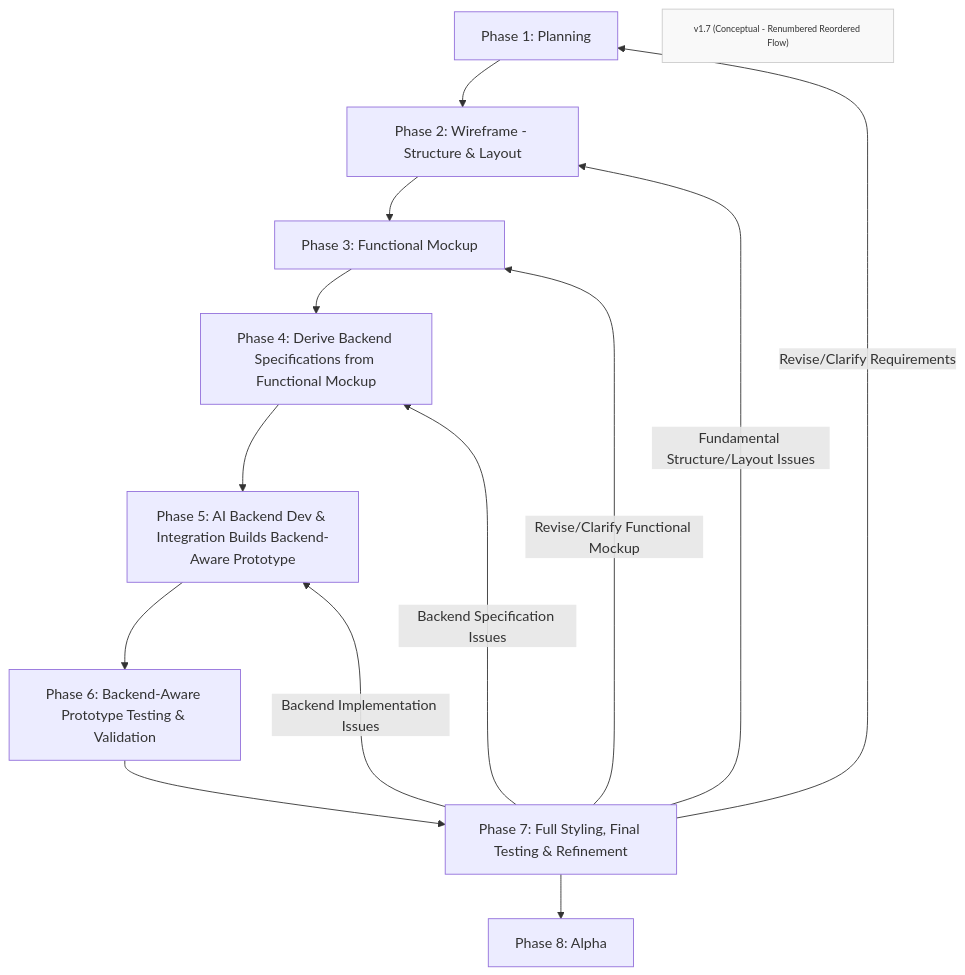
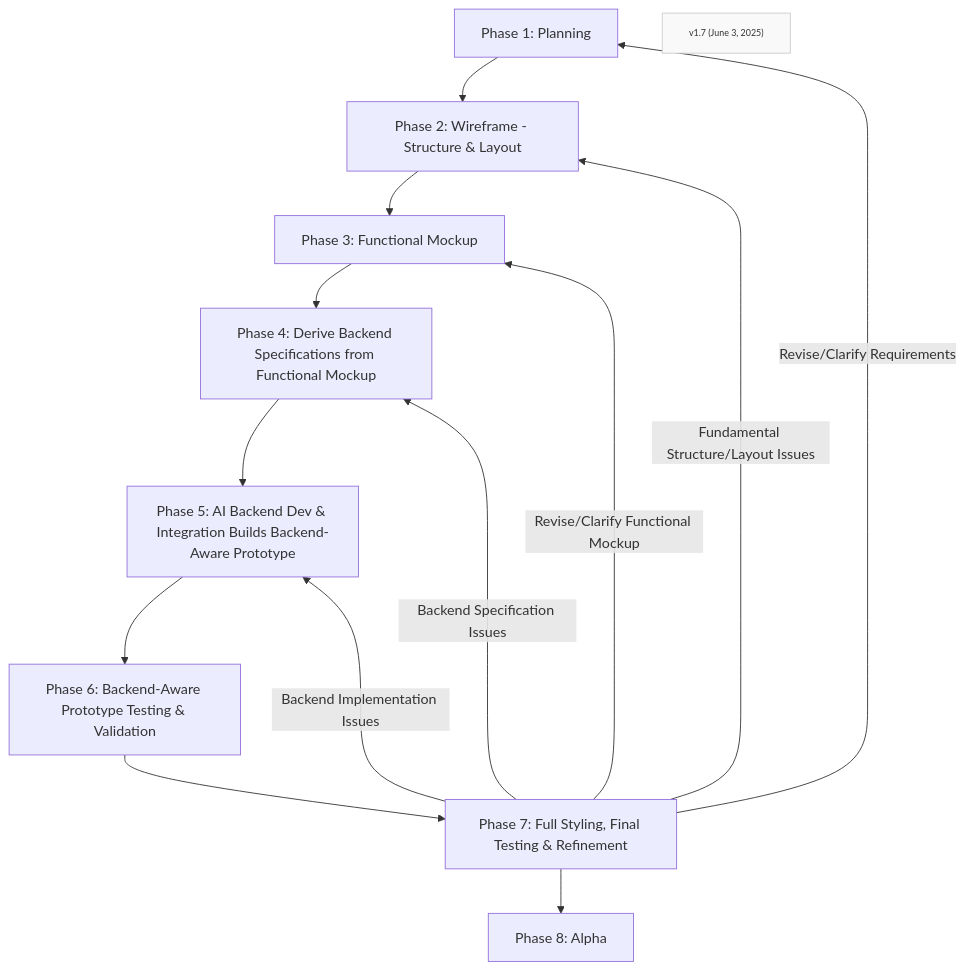
The diagram in Phases/FF-overview.md (Mharbulous/Front-First-Method), drawn with Mermaid before and after one commit.

Commit message:
Changed version infor to show date

````diff
--- a/Phases/FF-overview.md
+++ b/Phases/FF-overview.md
@@ -1,22 +1,22 @@
 ```mermaid
 graph TD
     Phase1["Phase 1: Planning"] --> Phase2["Phase 2: Wireframe - Structure & Layout"]
     Phase2 --> Phase3["Phase 3: Functional Mockup"]
     Phase3 --> Phase4["Phase 4: Derive Backend Specifications from Functional Mockup"]
     Phase4 --> Phase5["Phase 5: AI Backend Dev & Integration Builds Backend-Aware Prototype"]
     Phase5 --> Phase6["Phase 6: Backend-Aware Prototype Testing & Validation"]
     Phase6 --> Phase7["Phase 7: Full Styling, Final Testing & Refinement"]
     Phase7 --> Phase8["Phase 8: Alpha"]
     
     Phase7 -->|Revise/Clarify Requirements| Phase1
     Phase7 -->|Fundamental Structure/Layout Issues| Phase2
     Phase7 -->|Revise/Clarify Functional Mockup| Phase3
     Phase7 -->|Backend Specification Issues| Phase4
     Phase7 -->|Backend Implementation Issues| Phase5            
     
     
 
-    VersionInfo["v1.7 (Conceptual - Renumbered Reordered Flow)"]
+    VersionInfo["v1.7 (June 3, 2025)"]
     classDef version fill:#f9f9f9,stroke:#ccc,font-size:10px;
     class VersionInfo version
 ```
````
